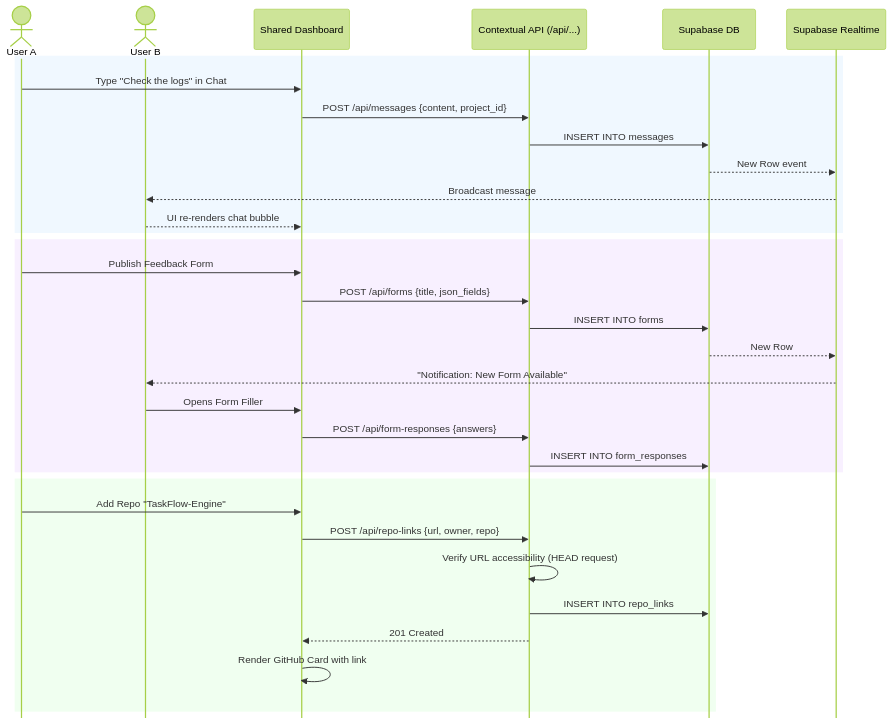
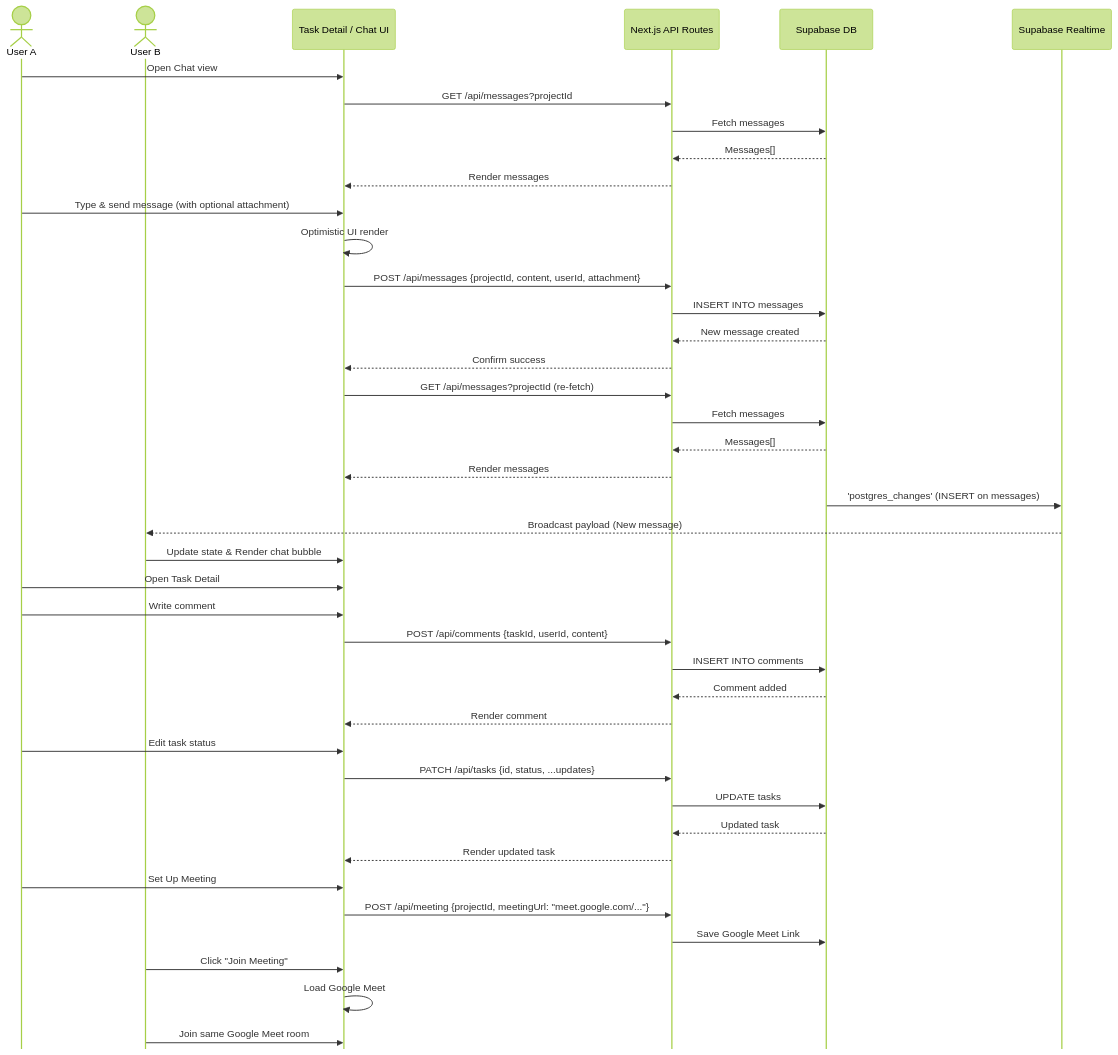
Before and after one commit to AndrewJerryV/TaskFlow-Mini_Project: the diagram in diagrams/10-contextual-collaboration.mmd, drawn with Mermaid (forest theme). The commit also changed 21 other files, not shown here.

Commit message:
feat: Introduce core task management UI components, ML recommendation services, API routes, and system diagrams for authentication, collaboration, and project management.

```diff
--- a/diagrams/10-contextual-collaboration.mmd
+++ b/diagrams/10-contextual-collaboration.mmd
@@ -1,37 +1,52 @@
 %%{init: {"sequence": {"mirrorActors": false}}}%%
 sequenceDiagram
     actor UserA as User A
     actor UserB as User B
-    participant Dashboard as Shared Dashboard
-    participant API as Contextual API (/api/...)
+    participant View as Task Detail / Chat UI
+    participant API as Next.js API Routes
     participant DB as Supabase DB
     participant RT as Supabase Realtime
 
-    rect rgb(240, 248, 255)
-    UserA->>Dashboard: Type "Check the logs" in Chat
-    Dashboard->>API: POST /api/messages {content, project_id}
+    UserA->>View: Open Chat view
+    View->>API: GET /api/messages?projectId
+    API->>DB: Fetch messages
+    DB-->>API: Messages[]
+    API-->>View: Render messages
+    
+    UserA->>View: Type & send message (with optional attachment)
+    View->>View: Optimistic UI render
+    View->>API: POST /api/messages {projectId, content, userId, attachment}
     API->>DB: INSERT INTO messages
-    DB-->>RT: New Row event
-    RT-->>UserB: Broadcast message
-    UserB-->>Dashboard: UI re-renders chat bubble
-    end
-
-    rect rgb(248, 240, 255)
-    UserA->>Dashboard: Publish Feedback Form
-    Dashboard->>API: POST /api/forms {title, json_fields}
-    API->>DB: INSERT INTO forms
-    DB-->>RT: New Row
-    RT-->>UserB: "Notification: New Form Available"
-    UserB->>Dashboard: Opens Form Filler
-    Dashboard->>API: POST /api/form-responses {answers}
-    API->>DB: INSERT INTO form_responses
-    end
-
-    rect rgb(240, 255, 240)
-    UserA->>Dashboard: Add Repo "TaskFlow-Engine"
-    Dashboard->>API: POST /api/repo-links {url, owner, repo}
-    API->>API: Verify URL accessibility (HEAD request)
-    API->>DB: INSERT INTO repo_links
-    API-->>Dashboard: 201 Created
-    Dashboard->>Dashboard: Render GitHub Card with link
-    end
+    DB-->>API: New message created
+    API-->>View: Confirm success
+    
+    %% Implicit refetch loop in ChatView.tsx
+    View->>API: GET /api/messages?projectId (re-fetch)
+    API->>DB: Fetch messages
+    DB-->>API: Messages[]
+    API-->>View: Render messages
+    
+    DB->>RT: 'postgres_changes' (INSERT on messages)
+    RT-->>UserB: Broadcast payload (New message)
+    UserB->>View: Update state & Render chat bubble
+    
+    UserA->>View: Open Task Detail
+    UserA->>View: Write comment
+    View->>API: POST /api/comments {taskId, userId, content}
+    API->>DB: INSERT INTO comments
+    DB-->>API: Comment added
+    API-->>View: Render comment
+    
+    UserA->>View: Edit task status
+    View->>API: PATCH /api/tasks {id, status, ...updates}
+    API->>DB: UPDATE tasks
+    DB-->>API: Updated task
+    API-->>View: Render updated task
+    
+    UserA->>View: Set Up Meeting
+    View->>API: POST /api/meeting {projectId, meetingUrl: "meet.google.com/..."}
+    API->>DB: Save Google Meet Link
+    
+    UserB->>View: Click "Join Meeting"
+    View->>View: Load Google Meet
+    UserB->>View: Join same Google Meet room
```
